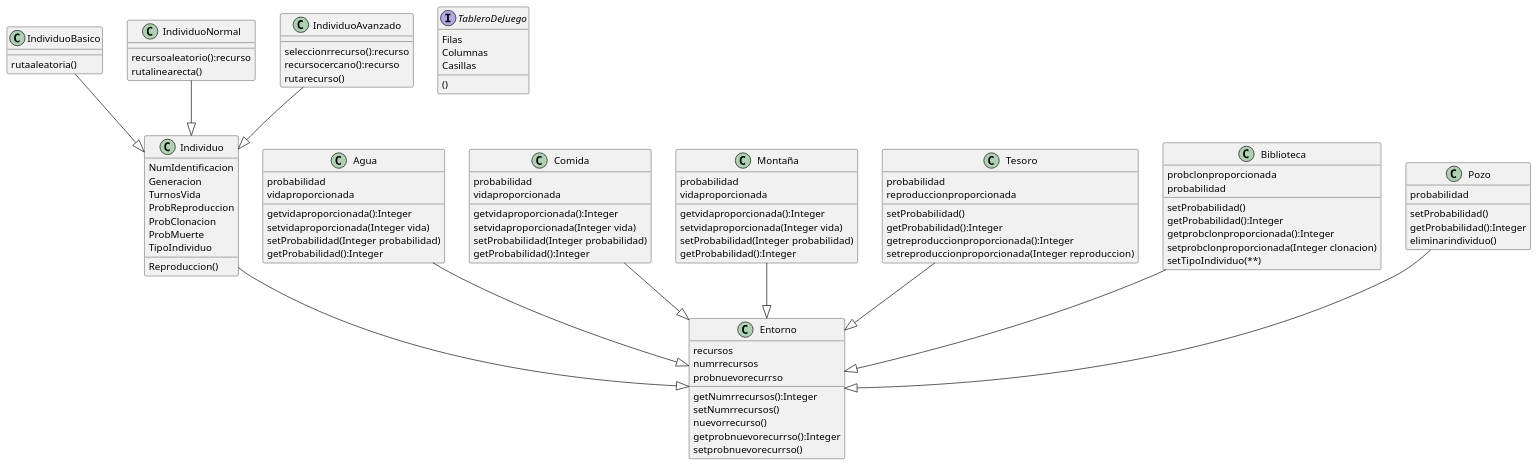
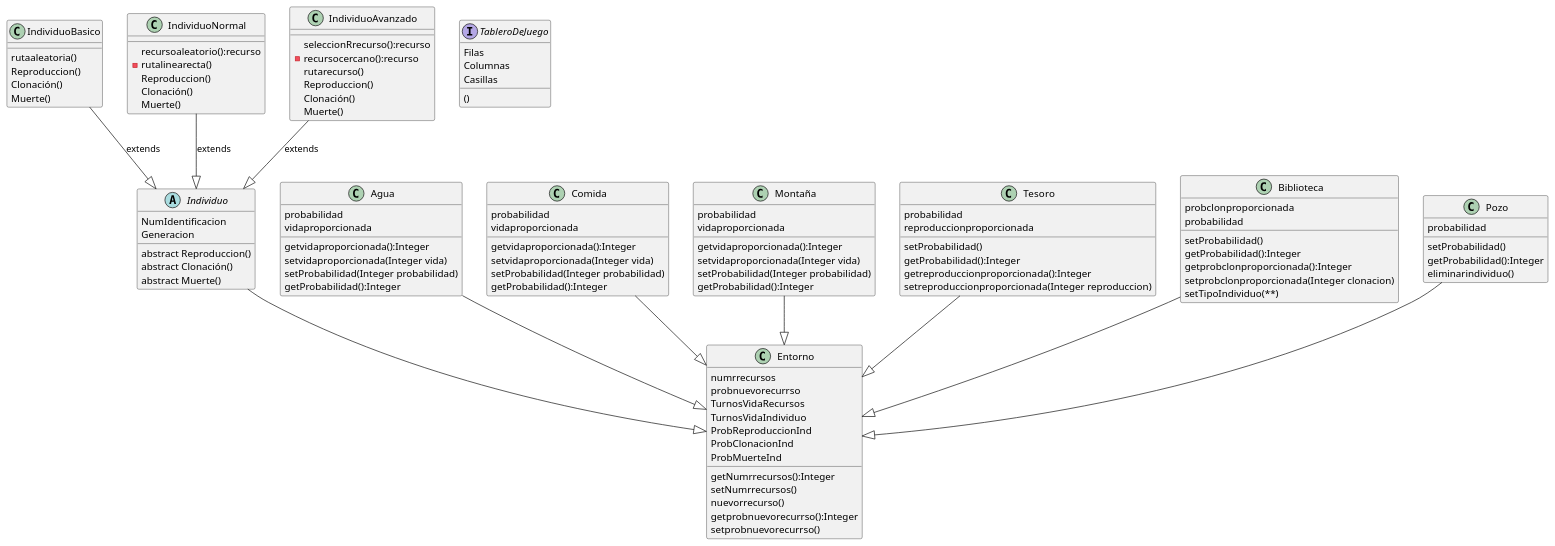
Before and after one commit to martavalientemaldonado/JuegoVida: the diagram in src/UML trabajo.puml, drawn with PlantUML. The commit also changed 19 other files, not shown here.

```diff
--- a/src/UML trabajo.puml
+++ b/src/UML trabajo.puml
@@ -1,106 +1,116 @@
 @startuml
 'https://plantuml.com/class-diagram
 
 
-IndividuoBasico --|> Individuo
-IndividuoNormal --|> Individuo
-IndividuoAvanzado --|> Individuo
+IndividuoBasico --|> Individuo:extends
+IndividuoNormal --|> Individuo:extends
+IndividuoAvanzado --|> Individuo:extends
 Agua --|> Entorno
 Comida --|> Entorno
 Montaña --|> Entorno
 Tesoro --|> Entorno
 Biblioteca --|> Entorno
 Pozo --|> Entorno
 Individuo --|> Entorno
 
-class Individuo{
+abstract class Individuo{
 NumIdentificacion
 Generacion
-TurnosVida
-ProbReproduccion
-ProbClonacion
-ProbMuerte
-TipoIndividuo
-Reproduccion()
+abstract Reproduccion()
+abstract Clonación()
+abstract Muerte()
 }
 class IndividuoBasico{
 rutaaleatoria()
+Reproduccion()
+Clonación()
+Muerte()
 }
 class IndividuoNormal{
 recursoaleatorio():recurso
-rutalinearecta()
+-rutalinearecta()
+Reproduccion()
+Clonación()
+Muerte()
 }
 class IndividuoAvanzado{
-seleccionrrecurso():recurso
-recursocercano():recurso
+seleccionRrecurso():recurso
+-recursocercano():recurso
 rutarecurso()
+Reproduccion()
+Clonación()
+Muerte()
 }
 
 interface TableroDeJuego {
 Filas
 Columnas
 Casillas
 ()
 }
 class Entorno{
-recursos
 numrrecursos
 probnuevorecurrso
+TurnosVidaRecursos
+TurnosVidaIndividuo
+ProbReproduccionInd
+ProbClonacionInd
+ProbMuerteInd
 getNumrrecursos():Integer
 setNumrrecursos()
 nuevorrecurso()
 getprobnuevorecurrso():Integer
 setprobnuevorecurrso()
 
 
 }
 
 
 class Agua {
 probabilidad
 vidaproporcionada
 getvidaproporcionada():Integer
 setvidaproporcionada(Integer vida)
 setProbabilidad(Integer probabilidad)
 getProbabilidad():Integer
 }
 class Comida {
 probabilidad
 vidaproporcionada
 getvidaproporcionada():Integer
 setvidaproporcionada(Integer vida)
 setProbabilidad(Integer probabilidad)
 getProbabilidad():Integer
 }
 class Montaña {
 probabilidad
 vidaproporcionada
 getvidaproporcionada():Integer
 setvidaproporcionada(Integer vida)
 setProbabilidad(Integer probabilidad)
 getProbabilidad():Integer
 }
 class Tesoro {
 probabilidad
 reproduccionproporcionada
 setProbabilidad()
 getProbabilidad():Integer
 getreproduccionproporcionada():Integer
 setreproduccionproporcionada(Integer reproduccion)
 }
 class Biblioteca {
 probclonproporcionada
 probabilidad
 setProbabilidad()
 getProbabilidad():Integer
 getprobclonproporcionada():Integer
 setprobclonproporcionada(Integer clonacion)
 setTipoIndividuo(**)
 }
 class Pozo {
 probabilidad
 setProbabilidad()
 getProbabilidad():Integer
 eliminarindividuo()
 }
 @enduml
```
